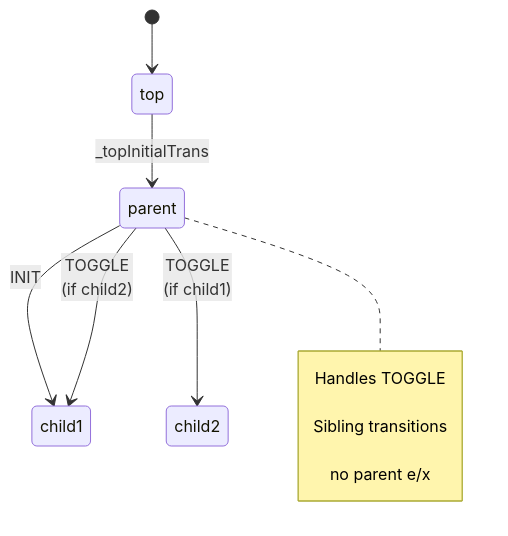
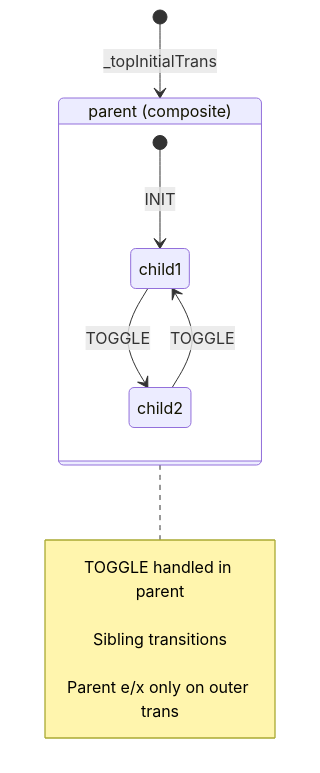
The diagram in README.md (rifatsahiner/libhsm), drawn with Mermaid before and after one commit. The commit also changed other lines of this file, not shown here.

Commit message:
read-me update

````diff
--- a/README.md
+++ b/README.md
@@ -108,13 +108,14 @@
 ```mermaid
 stateDiagram-v2
-    [*] --> top
-    top --> parent : _topInitialTrans
-    parent --> child1 : INIT
-    parent --> child2 : TOGGLE<br/>(if child1)
-    parent --> child1 : TOGGLE<br/>(if child2)
+    [*] --> parent : _topInitialTrans
+    state "parent (composite)" as parent {
+        [*] --> child1 : INIT
+        child1 --> child2 : TOGGLE
+        child2 --> child1 : TOGGLE
+    }
     note right of parent
-        Handles TOGGLE<br/>
+        TOGGLE handled in parent<br/>
         Sibling transitions<br/>
-        no parent e/x
+        Parent e/x only on outer trans
     end note
 ```
````
